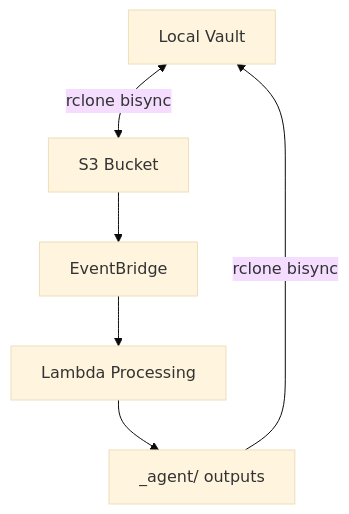
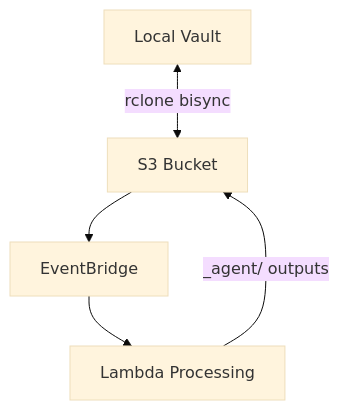
One commit to spaceba-by/pkm changed the diagram in docs/sync-guide.md. Above: the diagram before and after it, drawn with Mermaid (base theme). The commit also changed 3 other files, not shown here.

First line of the commit message:
Fix diagram accuracy from review feedback

````diff
--- a/docs/sync-guide.md
+++ b/docs/sync-guide.md
@@ -19,8 +19,7 @@
 ```mermaid
 graph TD
     Vault[Local Vault] <-->|rclone bisync| S3[S3 Bucket]
     S3 --> EventBridge
     EventBridge --> Lambda[Lambda Processing]
-    Lambda --> Outputs[_agent/ outputs]
-    Outputs -->|rclone bisync| Vault
+    Lambda -->|_agent/ outputs| S3
 ```
````
